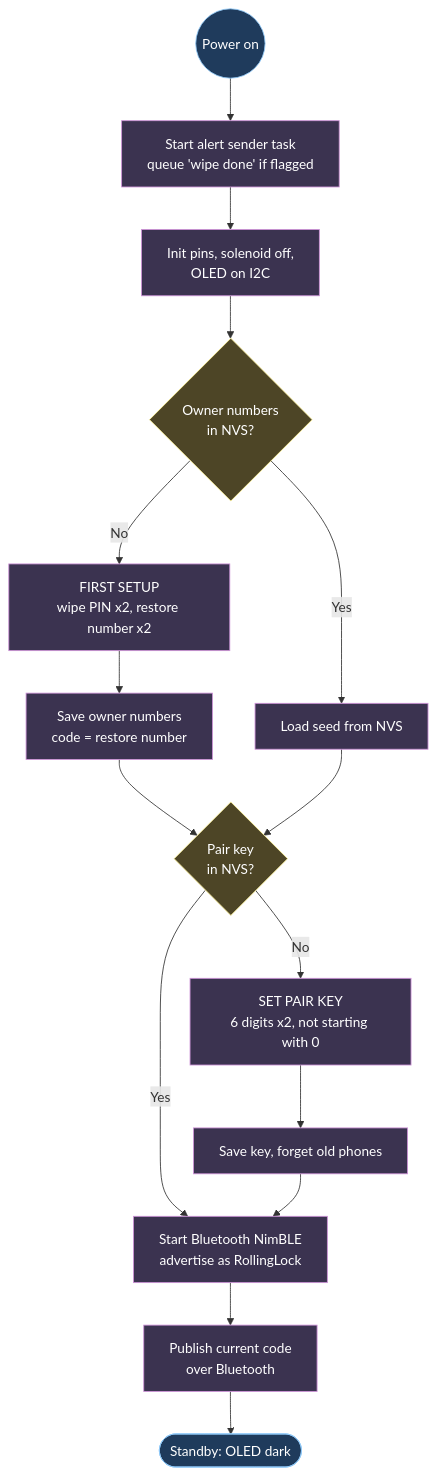
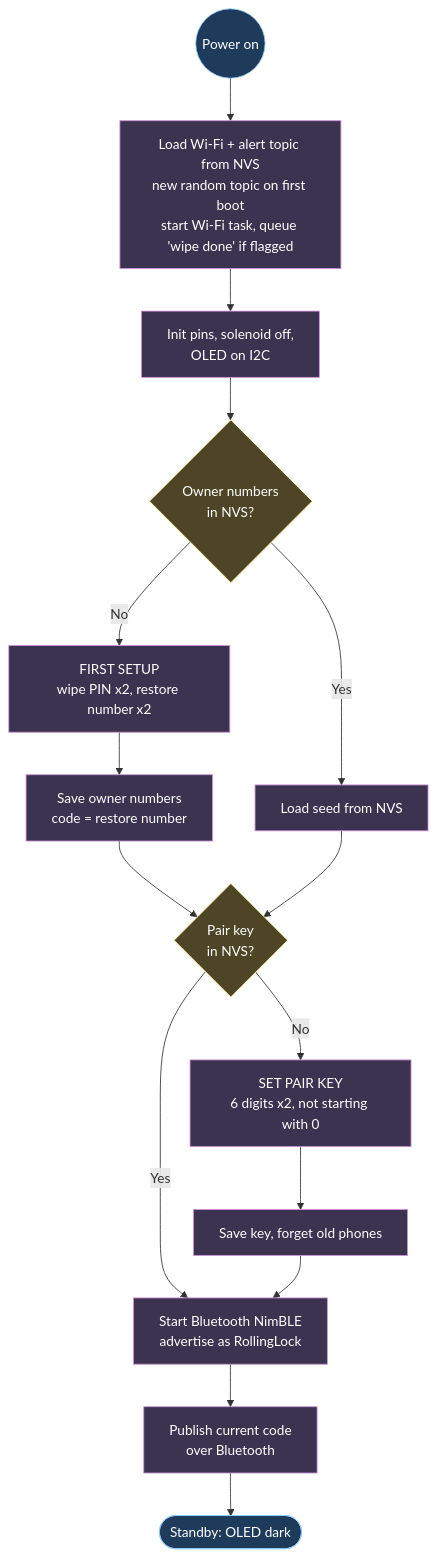
The first of 7 diagrams in docs/system_flowchart.md (kaweesha2002/RollKey), drawn with Mermaid before and after one commit. The commit also changed other lines of this file and 20 other files, not shown here.

````diff
--- a/docs/system_flowchart.md
+++ b/docs/system_flowchart.md
@@ -18,25 +19,25 @@
 ```mermaid
 flowchart TD
     classDef io fill:#1f3b5c,stroke:#90CAF9,color:#fff;
     classDef step fill:#3b3350,stroke:#CE93D8,color:#fff;
     classDef dec fill:#4d4526,stroke:#FFF59D,color:#fff;
 
-    A((Power on)) --> B[Start alert sender task<br/>queue 'wipe done' if flagged]
+    A((Power on)) --> B[Load Wi-Fi + alert topic from NVS<br/>new random topic on first boot<br/>start Wi-Fi task, queue 'wipe done' if flagged]
     B --> C[Init pins, solenoid off,<br/>OLED on I2C]
     C --> D{Owner numbers<br/>in NVS?}
     D -- No --> E[FIRST SETUP<br/>wipe PIN x2, restore number x2]
     E --> F[Save owner numbers<br/>code = restore number]
     D -- Yes --> G[Load seed from NVS]
     F --> H{Pair key<br/>in NVS?}
     G --> H
     H -- No --> I[SET PAIR KEY<br/>6 digits x2, not starting with 0]
     I --> J[Save key, forget old phones]
     H -- Yes --> K
     J --> K[Start Bluetooth NimBLE<br/>advertise as RollingLock]
     K --> L[Publish current code<br/>over Bluetooth]
     L --> M([Standby: OLED dark])
 
     class A,M io;
     class D,H dec;
     class B,C,E,F,G,I,J,K,L step;
 ```
````
